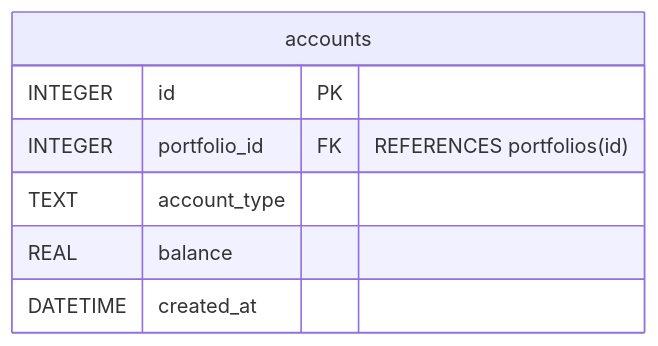
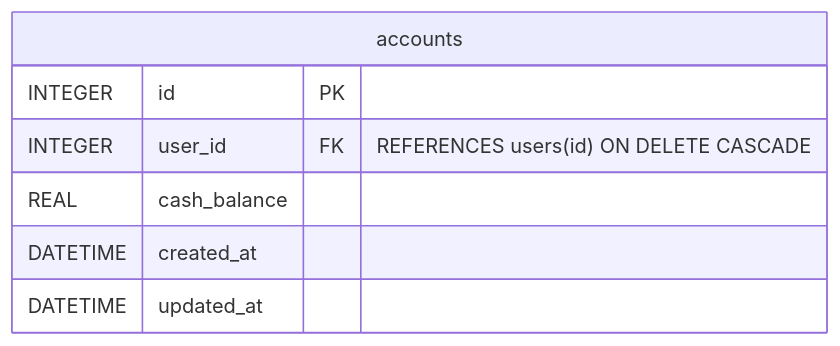
The diagram in docs/erd/accounts.mmd (DavJesse/stock-folio), drawn with Mermaid before and after one commit. The commit also changed 1 other file, not shown here.

Commit message:
docs: update erd diagrams for accounts table (#12.2)

```diff
--- a/docs/erd/accounts.mmd
+++ b/docs/erd/accounts.mmd
@@ -1,9 +1,9 @@
 erDiagram
     %% Accounts table
     accounts {
-       INTEGER id PK
-       INTEGER portfolio_id FK "REFERENCES portfolios(id)"
-       TEXT account_type
-       REAL balance
-       DATETIME created_at
+      INTEGER id PK
+      INTEGER user_id FK "REFERENCES users(id) ON DELETE CASCADE"
+      REAL cash_balance
+      DATETIME created_at
+      DATETIME updated_at
     }
```
